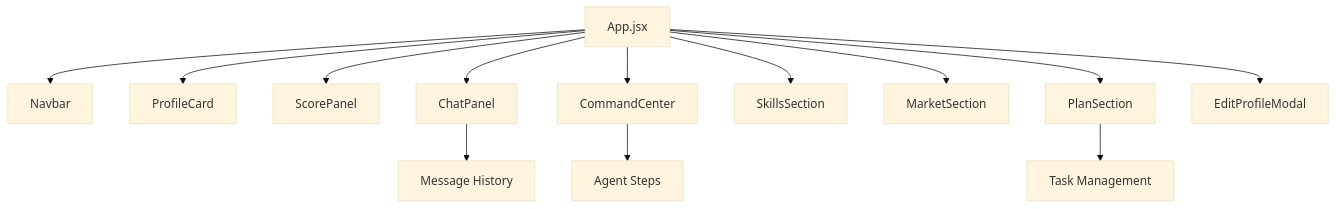
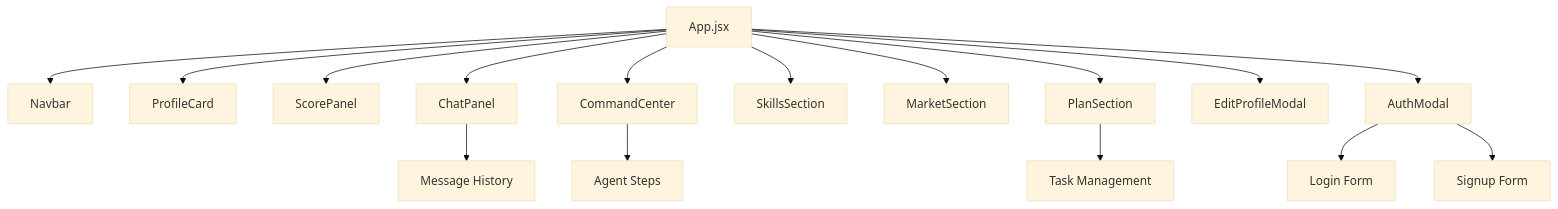
Before and after one commit to Alishba-Moin/CareerCompass: the seventh of 9 diagrams in .qoder/repowiki/en/content/Technical Implementation.md, drawn with Mermaid (base theme). The commit also changed other lines of this file and 17 other files, not shown here.

````diff
--- a/.qoder/repowiki/en/content/Technical Implementation.md
+++ b/.qoder/repowiki/en/content/Technical Implementation.md
@@ -242,15 +331,18 @@
 ```mermaid
 graph TB
 App[App.jsx] --> Navbar[Navbar]
 App --> ProfileCard[ProfileCard]
 App --> ScorePanel[ScorePanel]
 App --> ChatPanel[ChatPanel]
 App --> CommandCenter[CommandCenter]
 App --> SkillsSection[SkillsSection]
 App --> MarketSection[MarketSection]
 App --> PlanSection[PlanSection]
 App --> EditProfileModal[EditProfileModal]
+App --> AuthModal[AuthModal]
+AuthModal --> Login[Login Form]
+AuthModal --> Signup[Signup Form]
 CommandCenter --> STEPS[Agent Steps]
 ChatPanel --> Messages[Message History]
 PlanSection --> Tasks[Task Management]
 ```
````
